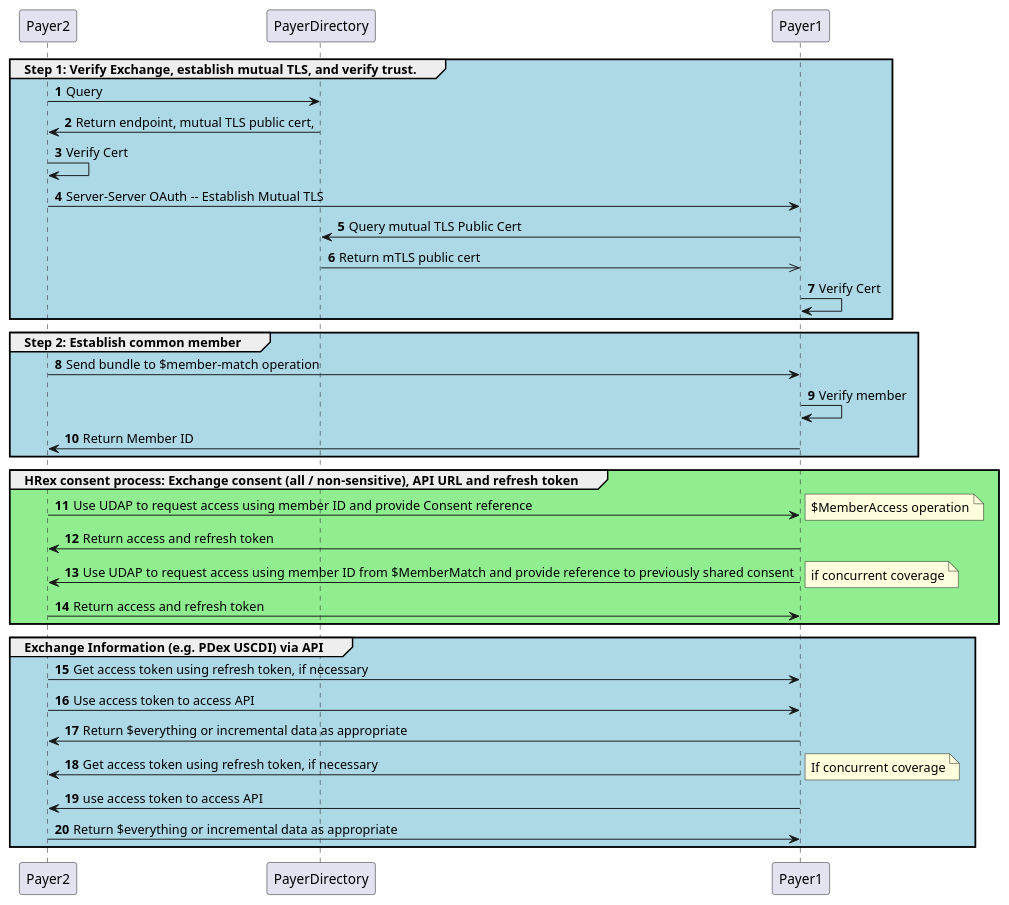
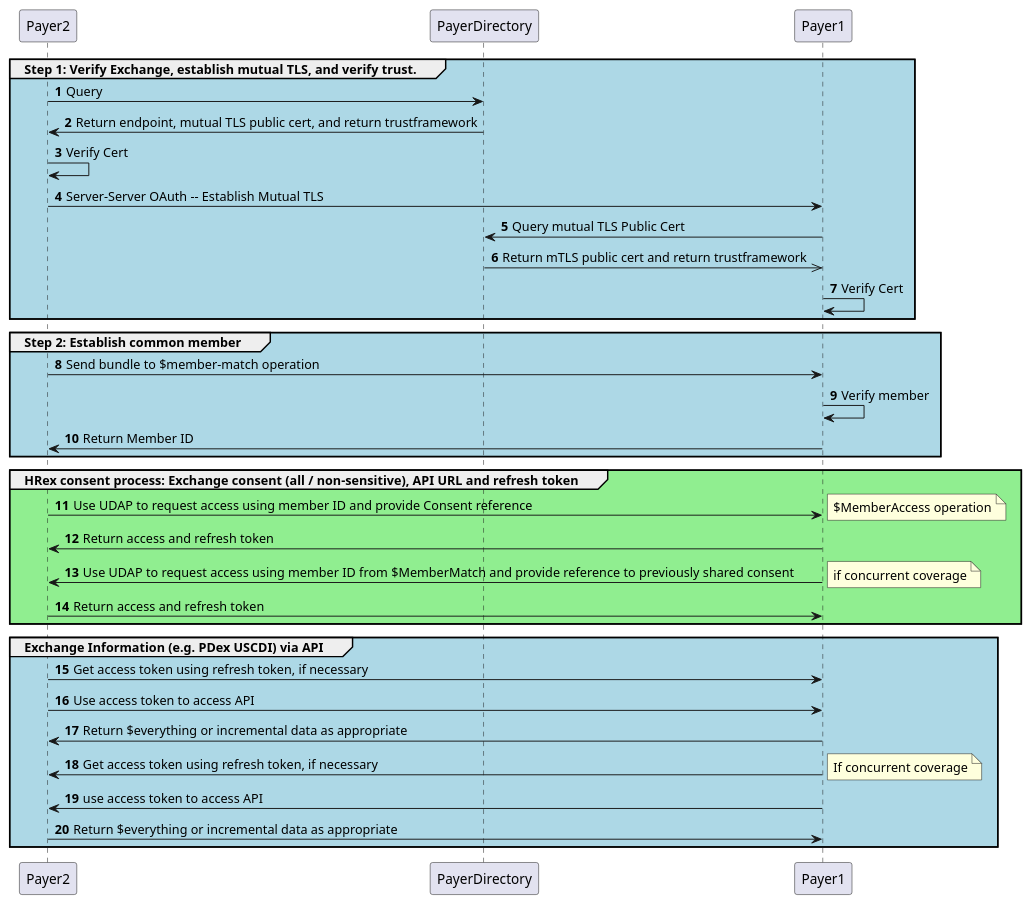
Before and after one commit to HL7/davinci-ehrx: the diagram in input/images-source/query-workflow.plantuml, drawn with PlantUML.

Commit message:
Fixed error in the diagram (2021-11-10 CDex/HRex Meeting)

```diff
--- a/input/images-source/query-workflow.plantuml
+++ b/input/images-source/query-workflow.plantuml
@@ -1,43 +1,43 @@
 @startuml
 autonumber
 group #lightblue Step 1: Verify Exchange, establish mutual TLS, and verify trust.
   Payer2 -> PayerDirectory : Query
-  PayerDirectory -> Payer2 : Return endpoint, mutual TLS public cert,
+  PayerDirectory -> Payer2 : Return endpoint, mutual TLS public cert, and return trustframework
   Payer2 -> Payer2 : Verify Cert
   Payer2 -> Payer1 : Server-Server OAuth -- Establish Mutual TLS
   Payer1 -> PayerDirectory : Query mutual TLS Public Cert
-  PayerDirectory ->> Payer1 : Return mTLS public cert
+  PayerDirectory ->> Payer1 : Return mTLS public cert and return trustframework
   Payer1 -> Payer1 : Verify Cert
 end
 
 group #lightblue Step 2: Establish common member
   Payer2 -> Payer1 : Send bundle to $member-match operation
   Payer1 -> Payer1 : Verify member
   Payer1 -> Payer2 : Return Member ID
 end
 
 group #lightgreen HRex consent process: Exchange consent (all / non-sensitive), API URL and refresh token
   Payer2 -> Payer1 : Use UDAP to request access using member ID and provide Consent reference
   note right
     $MemberAccess operation
   endnote
   Payer1 -> Payer2 : Return access and refresh token
   Payer1 -> Payer2 : Use UDAP to request access using member ID from $MemberMatch and provide reference to previously shared consent
   note right
     if concurrent coverage
   endnote
   Payer2 -> Payer1 : Return access and refresh token
 end
 
 group #lightblue Exchange Information (e.g. PDex USCDI) via API
   Payer2 -> Payer1 : Get access token using refresh token, if necessary
   Payer2 -> Payer1 : Use access token to access API
   Payer1 -> Payer2 : Return $everything or incremental data as appropriate
   Payer1 -> Payer2 : Get access token using refresh token, if necessary
   note right
     If concurrent coverage
   endnote
   Payer1 -> Payer2 : use access token to access API
   Payer2 -> Payer1 : Return $everything or incremental data as appropriate
 end
 @enduml
```
